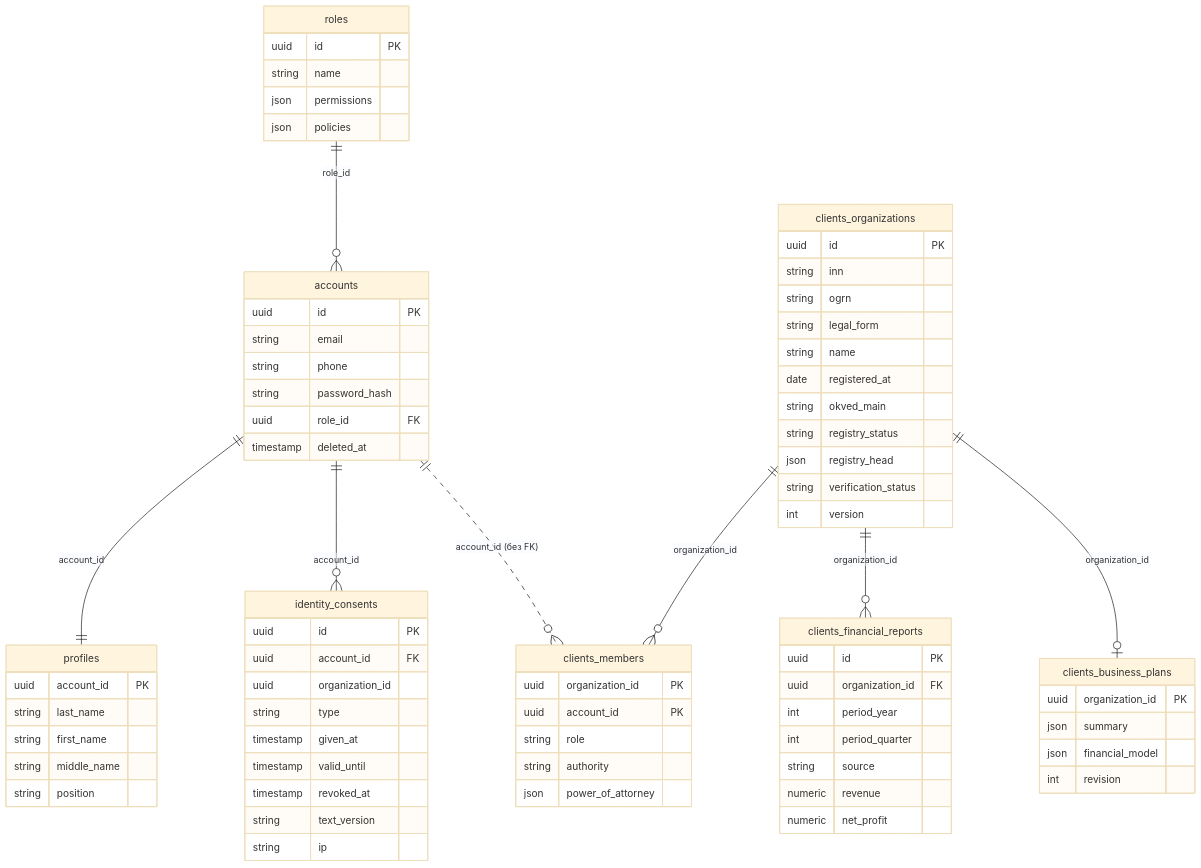
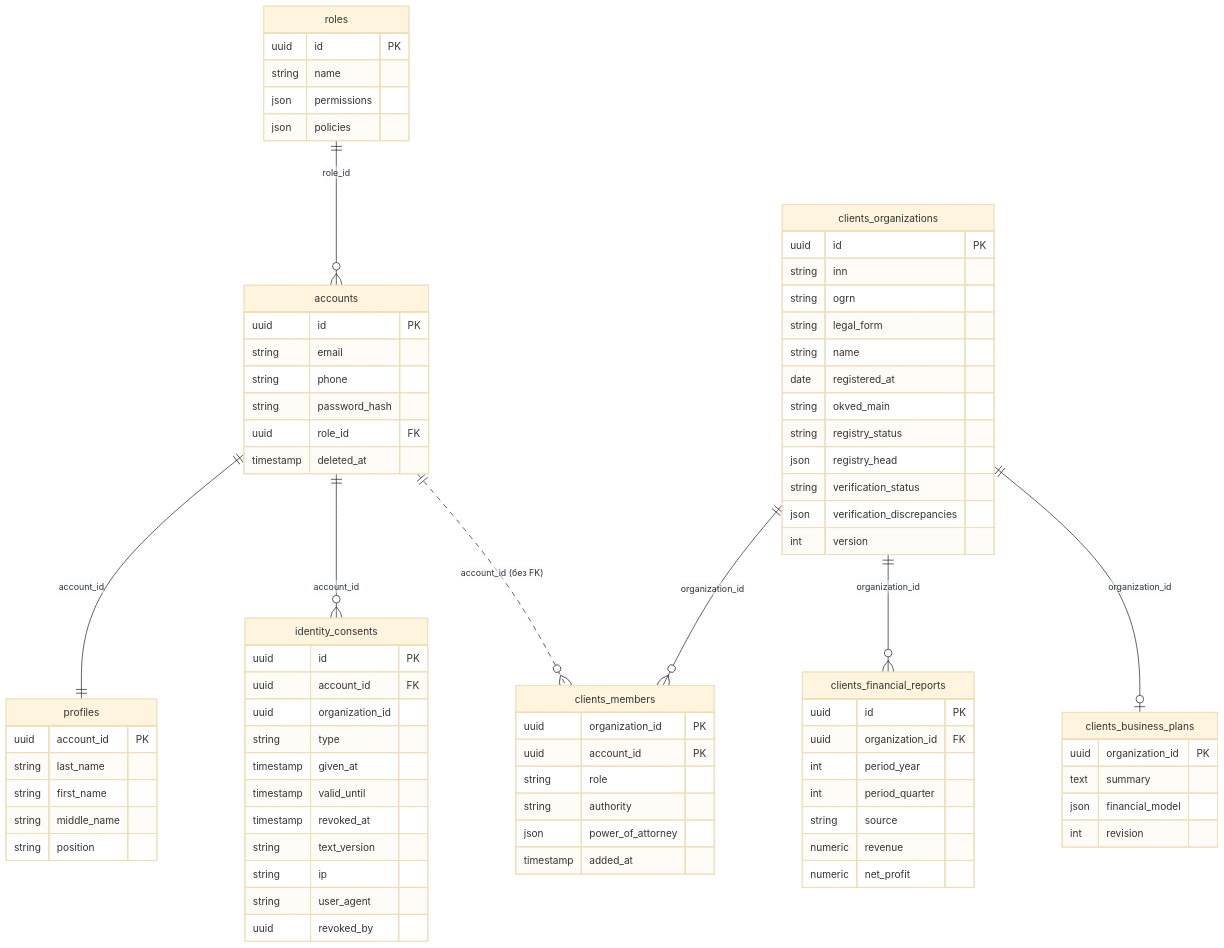
The first of 9 diagrams in docs/data-model.md (1nsanexeEZ/hackaton_alfabank_2026), drawn with Mermaid (base theme) before and after one commit. The commit also changed other lines of this file and 41 other files, not shown here.

First line of the commit message:
docs: документация сверена с кодом — сквозная архитектура скоринга и решения, карта документов, путеводитель по API, схема draw.io со страницей скоринга; legacy-документы удалены (#28)

````diff
--- a/docs/data-model.md
+++ b/docs/data-model.md
@@ -16,78 +16,82 @@
 ```mermaid
 erDiagram
     roles ||--o{ accounts : "role_id"
     accounts ||--|| profiles : "account_id"
     accounts ||--o{ identity_consents : "account_id"
     clients_organizations ||--o{ clients_members : "organization_id"
     clients_organizations ||--o{ clients_financial_reports : "organization_id"
     clients_organizations ||--o| clients_business_plans : "organization_id"
     accounts ||..o{ clients_members : "account_id (без FK)"
 
     roles {
         uuid id PK
         string name
         json permissions
         json policies
     }
     accounts {
         uuid id PK
         string email
         string phone
         string password_hash
         uuid role_id FK
         timestamp deleted_at
     }
     profiles {
         uuid account_id PK
         string last_name
         string first_name
         string middle_name
         string position
     }
     identity_consents {
         uuid id PK
         uuid account_id FK
         uuid organization_id
         string type
         timestamp given_at
         timestamp valid_until
         timestamp revoked_at
         string text_version
         string ip
+        string user_agent
+        uuid revoked_by
     }
     clients_organizations {
         uuid id PK
         string inn
         string ogrn
         string legal_form
         string name
         date registered_at
         string okved_main
         string registry_status
         json registry_head
         string verification_status
+        json verification_discrepancies
         int version
     }
     clients_members {
         uuid organization_id PK
         uuid account_id PK
         string role
         string authority
         json power_of_attorney
+        timestamp added_at
     }
     clients_financial_reports {
         uuid id PK
         uuid organization_id FK
         int period_year
         int period_quarter
         string source
         numeric revenue
         numeric net_profit
     }
     clients_business_plans {
         uuid organization_id PK
-        json summary
+        text summary
         json financial_model
         int revision
     }
 ```
````
